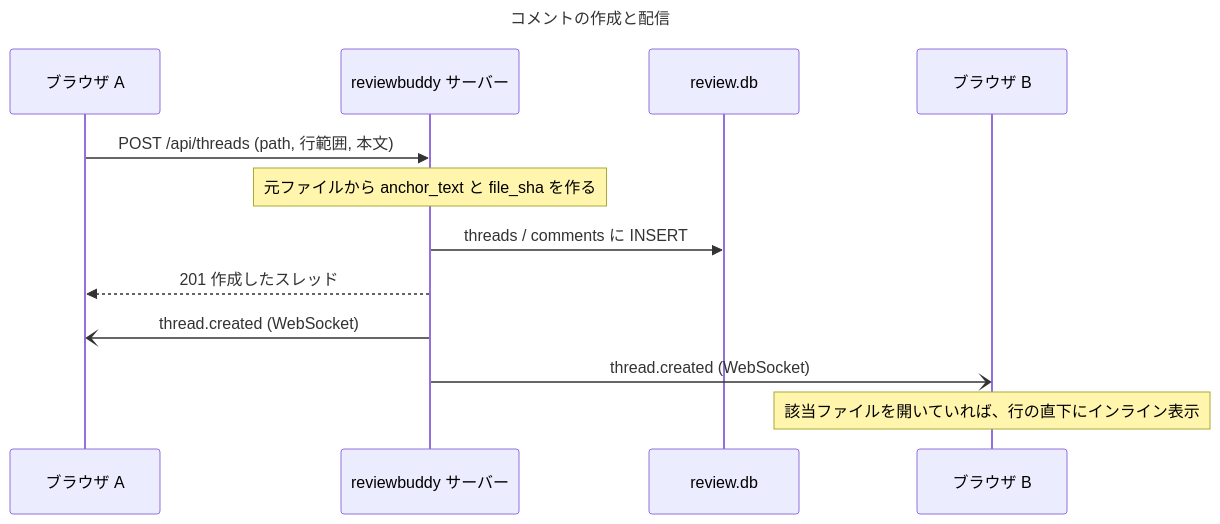
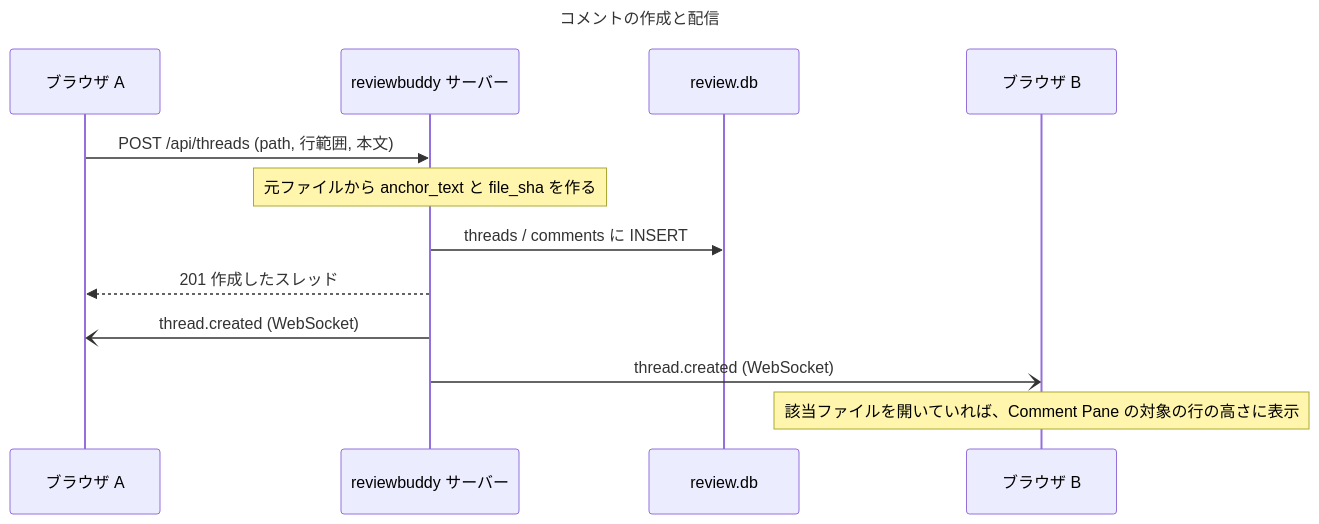
Before and after one commit to dannygim/reviewbuddy: the second of 3 diagrams in docs/design/全体設計.md, drawn with Mermaid. The commit also changed 5 other files, not shown here.

Commit message:
docs: design, plan and record the v0.5 layout (Comment Pane, pane toggles)

````diff
--- a/docs/design/全体設計.md
+++ b/docs/design/全体設計.md
@@ -96,17 +96,17 @@
 ```mermaid
 ---
 title: コメントの作成と配信
 ---
 sequenceDiagram
   participant A as ブラウザ A
   participant S as reviewbuddy サーバー
   participant D as review.db
   participant B as ブラウザ B
   A->>S: POST /api/threads (path, 行範囲, 本文)
   Note over S: 元ファイルから anchor_text と file_sha を作る
   S->>D: threads / comments に INSERT
   S-->>A: 201 作成したスレッド
   S-)A: thread.created (WebSocket)
   S-)B: thread.created (WebSocket)
-  Note over B: 該当ファイルを開いていれば、行の直下にインライン表示
+  Note over B: 該当ファイルを開いていれば、Comment Pane の対象の行の高さに表示
 ```
````
